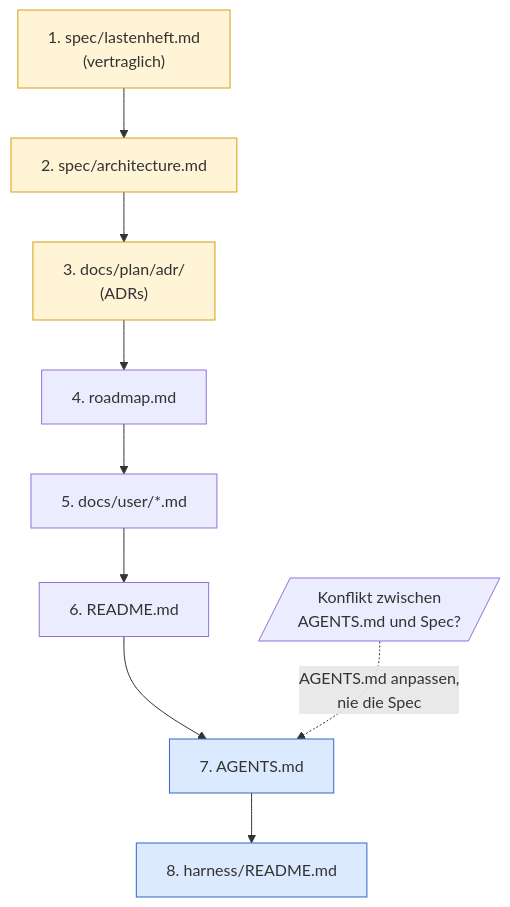
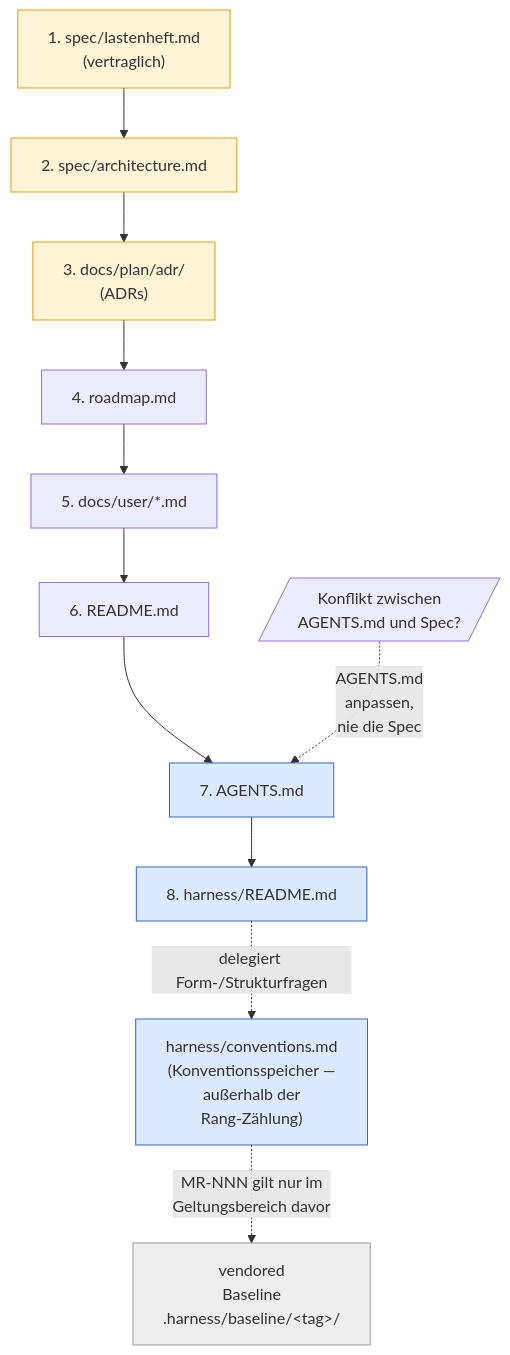
The first of 3 diagrams in lab/regelwerk/grundlagen-konventionen.md (pt9912/ai-harness-course), drawn with Mermaid before and after one commit. The commit also changed other lines of this file and 13 other files, not shown here.

First line of the commit message:
docs(bootstrap): was mit MR-*-Adaptionen passiert, wenn die Baseline weiterzieht (Welle 50)

````diff
--- a/lab/regelwerk/grundlagen-konventionen.md
+++ b/lab/regelwerk/grundlagen-konventionen.md
@@ -83,17 +90,25 @@
 ```mermaid
 flowchart TD
     L["1. spec/lastenheft.md<br/>(vertraglich)"] --> S["2. spec/architecture.md"]
     S --> A["3. docs/plan/adr/<br/>(ADRs)"]
     A --> R["4. roadmap.md"]
     R --> U["5. docs/user/*.md"]
     U --> RM["6. README.md"]
     RM --> AG["7. AGENTS.md"]
     AG --> H["8. harness/README.md"]
+    H -. "delegiert Form-/Strukturfragen" .->
+    C["harness/conventions.md<br/>(Konventionsspeicher —<br/>außerhalb der
+    Rang-Zählung)"]
+    C -. "MR-NNN gilt nur im<br/>Geltungsbereich davor" .-> B["vendored
+    Baseline<br/>.harness/baseline/&lt;tag&gt;/"]
     style L fill:#fff4d6,stroke:#d4a017
     style S fill:#fff4d6,stroke:#d4a017
     style A fill:#fff4d6,stroke:#d4a017
     style AG fill:#dceaff,stroke:#3366cc
     style H fill:#dceaff,stroke:#3366cc
+    style C fill:#dceaff,stroke:#3366cc
+    style B fill:#eeeeee,stroke:#999999
 
-    Conflict[/"Konflikt zwischen<br/>AGENTS.md und Spec?"/] -. "AGENTS.md anpassen,<br/>nie die Spec" .-> AG
+    Conflict[/"Konflikt zwischen<br/>AGENTS.md und Spec?"/] -. "AGENTS.md
+    anpassen,<br/>nie die Spec" .-> AG
 ```
````
